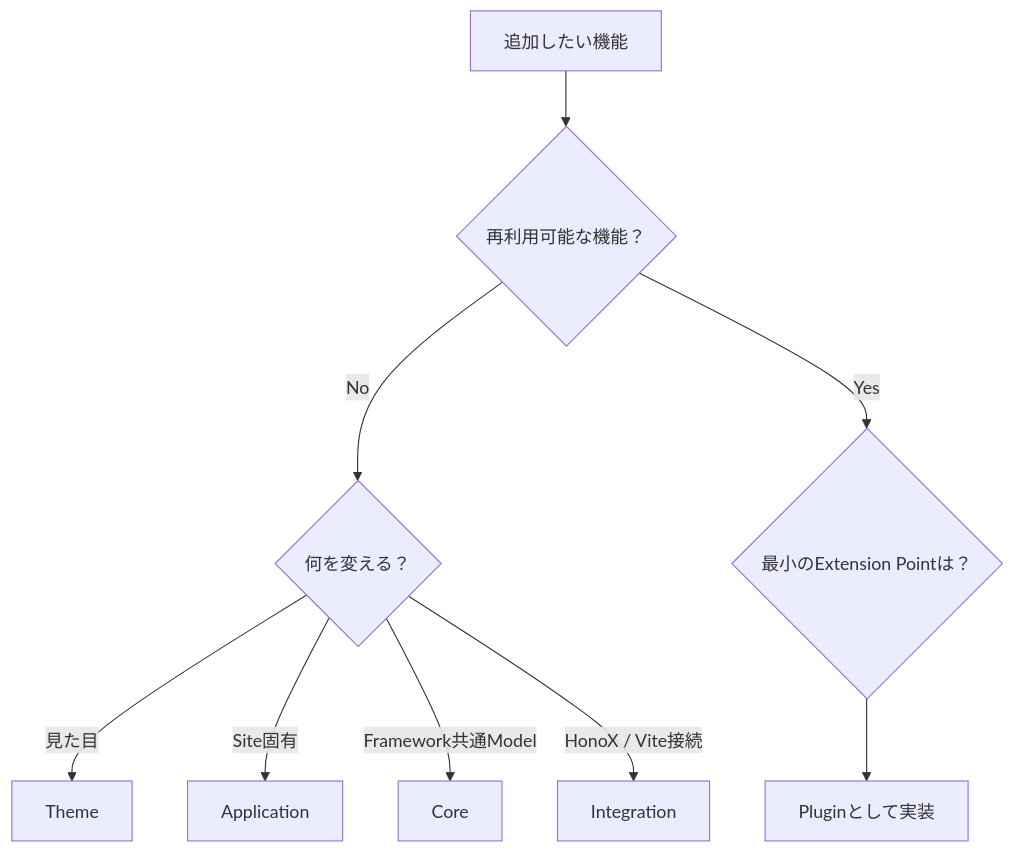
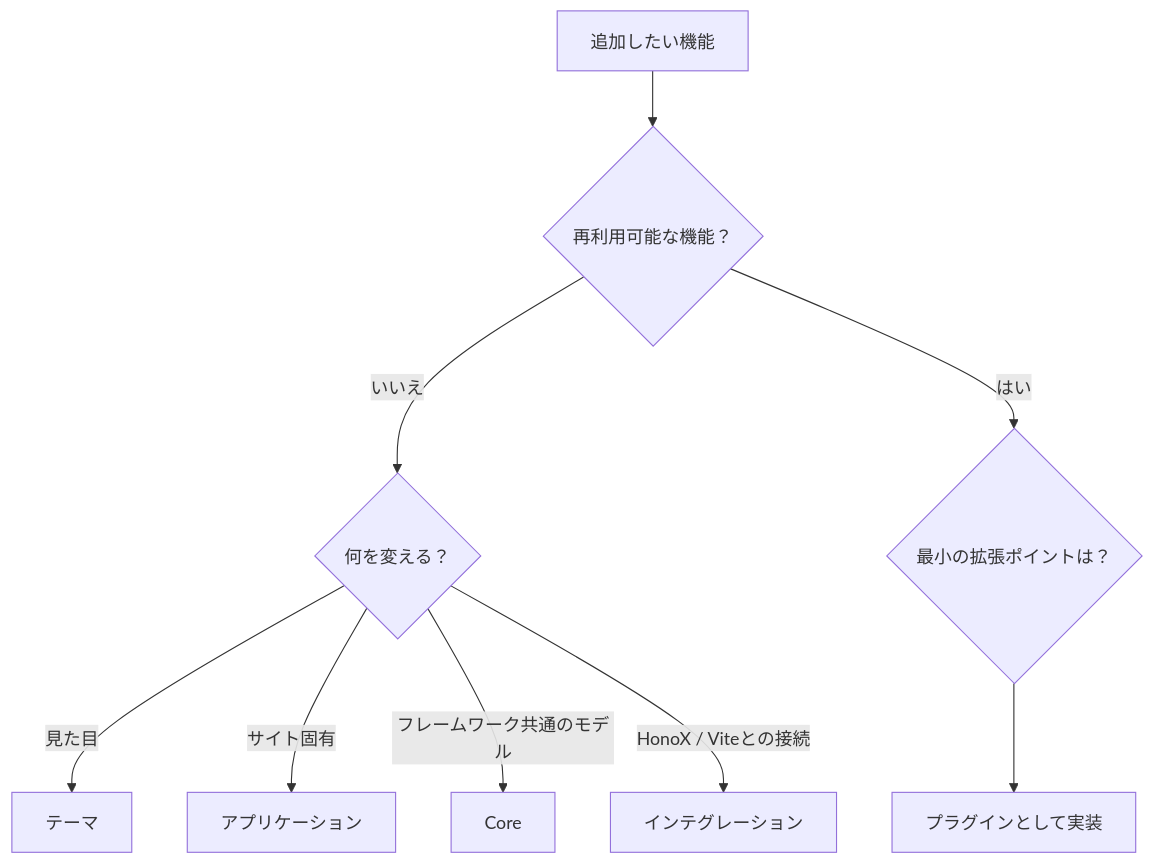
Before and after one commit to Rerurate514/riebeckite: the third of 3 diagrams in docs/docs/framework/plugin-system.ja.md, drawn with Mermaid. The commit also changed other lines of this file and 310 other files, not shown here.

````diff
--- a/docs/docs/framework/plugin-system.ja.md
+++ b/docs/docs/framework/plugin-system.ja.md
@@ -216,17 +195,17 @@
 ```mermaid id="7p5i6d"
 flowchart TD
     Start["追加したい機能"]
     Plugin{"再利用可能な機能？"}
 
     Start --> Plugin
 
-    Plugin -->|No| Other{"何を変える？"}
-    Plugin -->|Yes| Point{"最小のExtension Pointは？"}
+    Plugin -->|"いいえ"| Other{"何を変える？"}
+    Plugin -->|"はい"| Point{"最小の拡張ポイントは？"}
 
-    Other -->|"見た目"| Theme["Theme"]
-    Other -->|"Site固有"| App["Application"]
-    Other -->|"Framework共通Model"| Core["Core"]
-    Other -->|"HonoX / Vite接続"| Integration["Integration"]
+    Other -->|"見た目"| Theme["テーマ"]
+    Other -->|"サイト固有"| App["アプリケーション"]
+    Other -->|"フレームワーク共通のモデル"| Core["Core"]
+    Other -->|"HonoX / Viteとの接続"| Integration["インテグレーション"]
 
-    Point --> Implement["Pluginとして実装"]
+    Point --> Implement["プラグインとして実装"]
 ```
````
